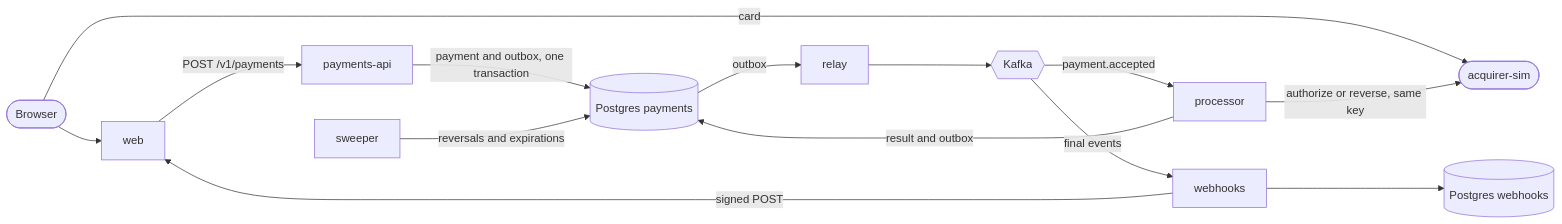
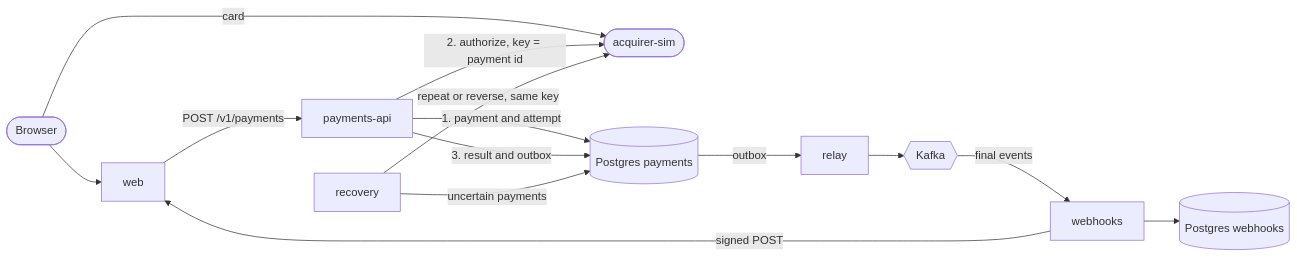
One commit to OscarNunezU/payment-processing-service changed the first of 2 diagrams in docs/rfc/0001-architecture.md. Above: the diagram before and after it, drawn with Mermaid. The commit also changed other lines of this file, not shown here.

````diff
--- a/docs/rfc/0001-architecture.md
+++ b/docs/rfc/0001-architecture.md
@@ -36,16 +37,16 @@
 ```mermaid
 flowchart LR
     browser([Browser]) -- card --> acq([acquirer-sim])
     browser --> web[web]
     web -- POST /v1/payments --> api[payments-api]
-    api -- payment and outbox, one transaction --> pg[(Postgres payments)]
+    api -- "1. payment and attempt" --> pg[(Postgres payments)]
+    api -- "2. authorize, key = payment id" --> acq
+    api -- "3. result and outbox" --> pg
+    recovery[recovery] -- uncertain payments --> pg
+    recovery -- "repeat or reverse, same key" --> acq
     pg -- outbox --> relay[relay]
     relay --> kafka{{Kafka}}
-    kafka -- payment.accepted --> processor[processor]
-    processor -- authorize or reverse, same key --> acq
-    processor -- result and outbox --> pg
-    sweeper[sweeper] -- reversals and expirations --> pg
     kafka -- final events --> webhooks[webhooks]
     webhooks --> pgw[(Postgres webhooks)]
     webhooks -- signed POST --> web
 ```
````
